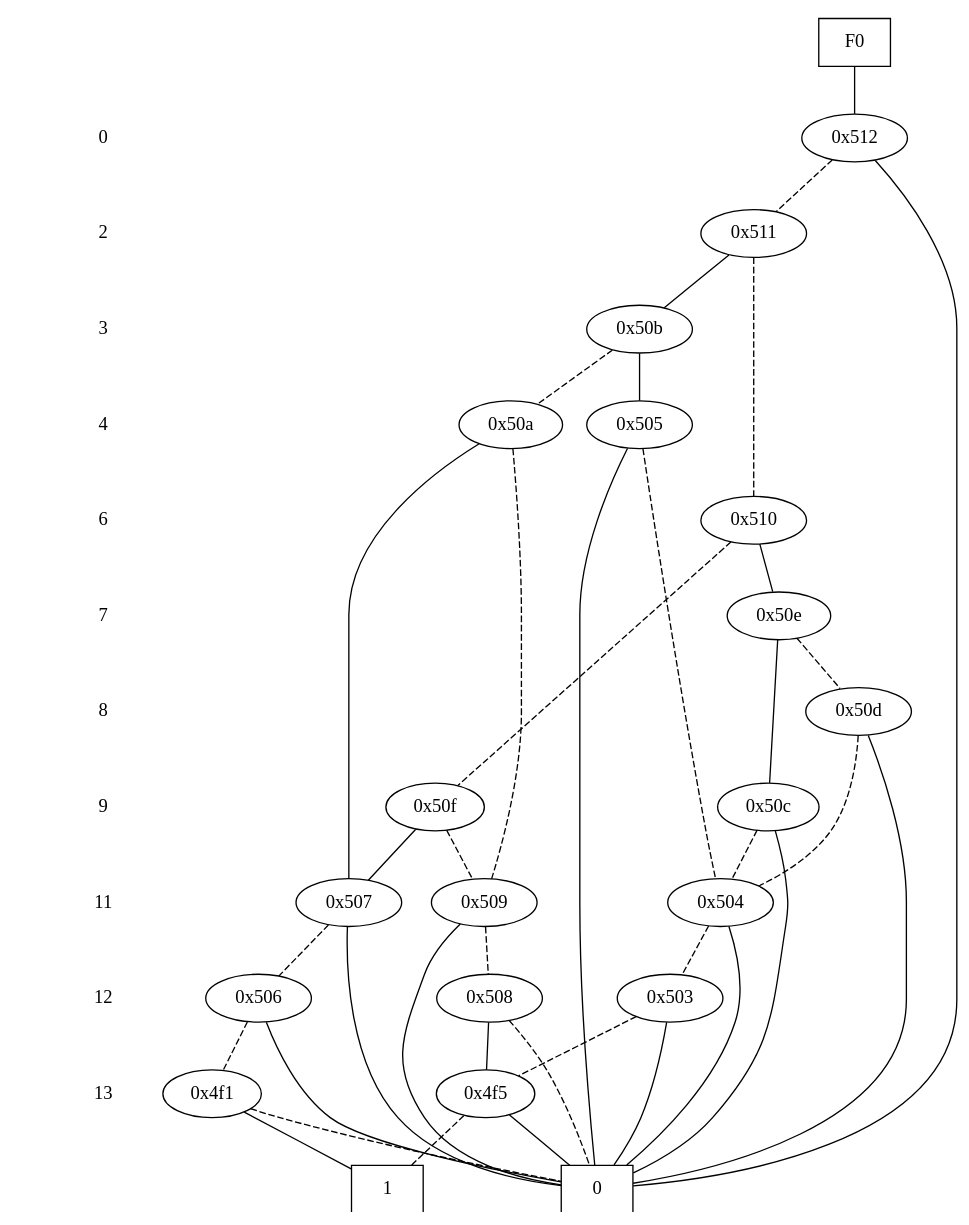
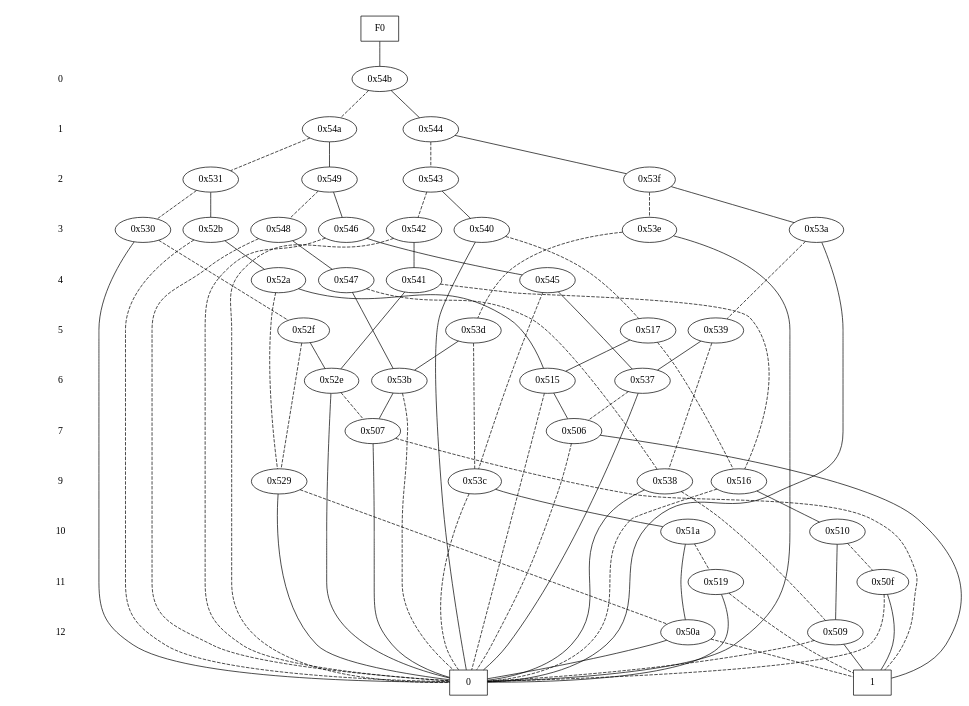
The diagram in rough2.dot (Tractables/Dice.jl), drawn with Graphviz before and after one commit. The commit also changed 118 other files, not shown here.

```diff
--- a/rough2.dot
+++ b/rough2.dot
@@ -1,96 +1,161 @@
 digraph "DD" {
 size = "7.5,10"
 center = true;
 edge [dir = none];
 { node [shape = plaintext];
   edge [style = invis];
   "CONST NODES" [style = invis];
-" 0 " -> " 2 " -> " 3 " -> " 4 " -> " 6 " -> " 7 " -> " 8 " -> " 9 " -> " 11 " -> " 12 " -> " 13 " -> "CONST NODES"; 
+" 0 " -> " 1 " -> " 2 " -> " 3 " -> " 4 " -> " 5 " -> " 6 " -> " 7 " -> " 9 " -> " 10 " -> " 11 " -> " 12 " -> "CONST NODES"; 
 }
 { rank = same; node [shape = box]; edge [style = invis];
 "F0"; }
 { rank = same; " 0 ";
-"0x512";
+"0x54b";
+}
+{ rank = same; " 1 ";
+"0x544";
+"0x54a";
 }
 { rank = same; " 2 ";
-"0x511";
+"0x53f";
+"0x531";
+"0x543";
+"0x549";
 }
 { rank = same; " 3 ";
-"0x50b";
+"0x52b";
+"0x530";
+"0x542";
+"0x546";
+"0x548";
+"0x540";
+"0x53a";
+"0x53e";
 }
 { rank = same; " 4 ";
-"0x50a";
-"0x505";
+"0x541";
+"0x52a";
+"0x547";
+"0x545";
+}
+{ rank = same; " 5 ";
+"0x517";
+"0x539";
+"0x52f";
+"0x53d";
 }
 { rank = same; " 6 ";
+"0x515";
+"0x537";
+"0x52e";
+"0x53b";
+}
+{ rank = same; " 7 ";
+"0x506";
+"0x507";
+}
+{ rank = same; " 9 ";
+"0x516";
+"0x53c";
+"0x538";
+"0x529";
+}
+{ rank = same; " 10 ";
+"0x51a";
 "0x510";
 }
-{ rank = same; " 7 ";
-"0x50e";
-}
-{ rank = same; " 8 ";
-"0x50d";
-}
-{ rank = same; " 9 ";
+{ rank = same; " 11 ";
 "0x50f";
-"0x50c";
-}
-{ rank = same; " 11 ";
-"0x504";
-"0x507";
-"0x509";
+"0x519";
 }
 { rank = same; " 12 ";
-"0x506";
-"0x503";
-"0x508";
-}
-{ rank = same; " 13 ";
-"0x4f1";
-"0x4f5";
+"0x509";
+"0x50a";
 }
 { rank = same; "CONST NODES";
-{ node [shape = box]; "0x3e2";
-"0x3e1";
+{ node [shape = box]; "0x47a";
+"0x479";
 }
 }
-"F0" -> "0x512" [style = solid];
-"0x512" -> "0x3e2";
-"0x512" -> "0x511" [style = dashed];
-"0x511" -> "0x50b";
-"0x511" -> "0x510" [style = dashed];
-"0x50b" -> "0x505";
-"0x50b" -> "0x50a" [style = dashed];
-"0x50a" -> "0x507";
-"0x50a" -> "0x509" [style = dashed];
-"0x505" -> "0x3e2";
-"0x505" -> "0x504" [style = dashed];
-"0x510" -> "0x50e";
+"F0" -> "0x54b" [style = solid];
+"0x54b" -> "0x544";
+"0x54b" -> "0x54a" [style = dashed];
+"0x544" -> "0x53f";
+"0x544" -> "0x543" [style = dashed];
+"0x54a" -> "0x549";
+"0x54a" -> "0x531" [style = dashed];
+"0x53f" -> "0x53a";
+"0x53f" -> "0x53e" [style = dashed];
+"0x531" -> "0x52b";
+"0x531" -> "0x530" [style = dashed];
+"0x543" -> "0x540";
+"0x543" -> "0x542" [style = dashed];
+"0x549" -> "0x546";
+"0x549" -> "0x548" [style = dashed];
+"0x52b" -> "0x52a";
+"0x52b" -> "0x47a" [style = dashed];
+"0x530" -> "0x47a";
+"0x530" -> "0x52f" [style = dashed];
+"0x542" -> "0x541";
+"0x542" -> "0x47a" [style = dashed];
+"0x546" -> "0x545";
+"0x546" -> "0x47a" [style = dashed];
+"0x548" -> "0x547";
+"0x548" -> "0x47a" [style = dashed];
+"0x540" -> "0x47a";
+"0x540" -> "0x517" [style = dashed];
+"0x53a" -> "0x47a";
+"0x53a" -> "0x539" [style = dashed];
+"0x53e" -> "0x47a";
+"0x53e" -> "0x53d" [style = dashed];
+"0x541" -> "0x52e";
+"0x541" -> "0x516" [style = dashed];
+"0x52a" -> "0x515";
+"0x52a" -> "0x529" [style = dashed];
+"0x547" -> "0x53b";
+"0x547" -> "0x538" [style = dashed];
+"0x545" -> "0x537";
+"0x545" -> "0x53c" [style = dashed];
+"0x517" -> "0x515";
+"0x517" -> "0x516" [style = dashed];
+"0x539" -> "0x537";
+"0x539" -> "0x538" [style = dashed];
+"0x52f" -> "0x52e";
+"0x52f" -> "0x529" [style = dashed];
+"0x53d" -> "0x53b";
+"0x53d" -> "0x53c" [style = dashed];
+"0x515" -> "0x506";
+"0x515" -> "0x47a" [style = dashed];
+"0x537" -> "0x47a";
+"0x537" -> "0x506" [style = dashed];
+"0x52e" -> "0x47a";
+"0x52e" -> "0x507" [style = dashed];
+"0x53b" -> "0x507";
+"0x53b" -> "0x47a" [style = dashed];
+"0x506" -> "0x479";
+"0x506" -> "0x47a" [style = dashed];
+"0x507" -> "0x47a";
+"0x507" -> "0x479" [style = dashed];
+"0x516" -> "0x510";
+"0x516" -> "0x47a" [style = dashed];
+"0x53c" -> "0x51a";
+"0x53c" -> "0x47a" [style = dashed];
+"0x538" -> "0x47a";
+"0x538" -> "0x509" [style = dashed];
+"0x529" -> "0x47a";
+"0x529" -> "0x50a" [style = dashed];
+"0x51a" -> "0x50a";
+"0x51a" -> "0x519" [style = dashed];
+"0x510" -> "0x509";
 "0x510" -> "0x50f" [style = dashed];
-"0x50e" -> "0x50c";
-"0x50e" -> "0x50d" [style = dashed];
-"0x50d" -> "0x3e2";
-"0x50d" -> "0x504" [style = dashed];
-"0x50f" -> "0x507";
-"0x50f" -> "0x509" [style = dashed];
-"0x50c" -> "0x3e2";
-"0x50c" -> "0x504" [style = dashed];
-"0x504" -> "0x3e2";
-"0x504" -> "0x503" [style = dashed];
-"0x507" -> "0x3e2";
-"0x507" -> "0x506" [style = dashed];
-"0x509" -> "0x3e2";
-"0x509" -> "0x508" [style = dashed];
-"0x506" -> "0x3e2";
-"0x506" -> "0x4f1" [style = dashed];
-"0x503" -> "0x3e2";
-"0x503" -> "0x4f5" [style = dashed];
-"0x508" -> "0x4f5";
-"0x508" -> "0x3e2" [style = dashed];
-"0x4f1" -> "0x3e1";
-"0x4f1" -> "0x3e2" [style = dashed];
-"0x4f5" -> "0x3e2";
-"0x4f5" -> "0x3e1" [style = dashed];
-"0x3e2" [label = "0"];
-"0x3e1" [label = "1"];
+"0x50f" -> "0x479";
+"0x50f" -> "0x47a" [style = dashed];
+"0x519" -> "0x47a";
+"0x519" -> "0x479" [style = dashed];
+"0x509" -> "0x479";
+"0x509" -> "0x47a" [style = dashed];
+"0x50a" -> "0x47a";
+"0x50a" -> "0x479" [style = dashed];
+"0x47a" [label = "0"];
+"0x479" [label = "1"];
 }
```
